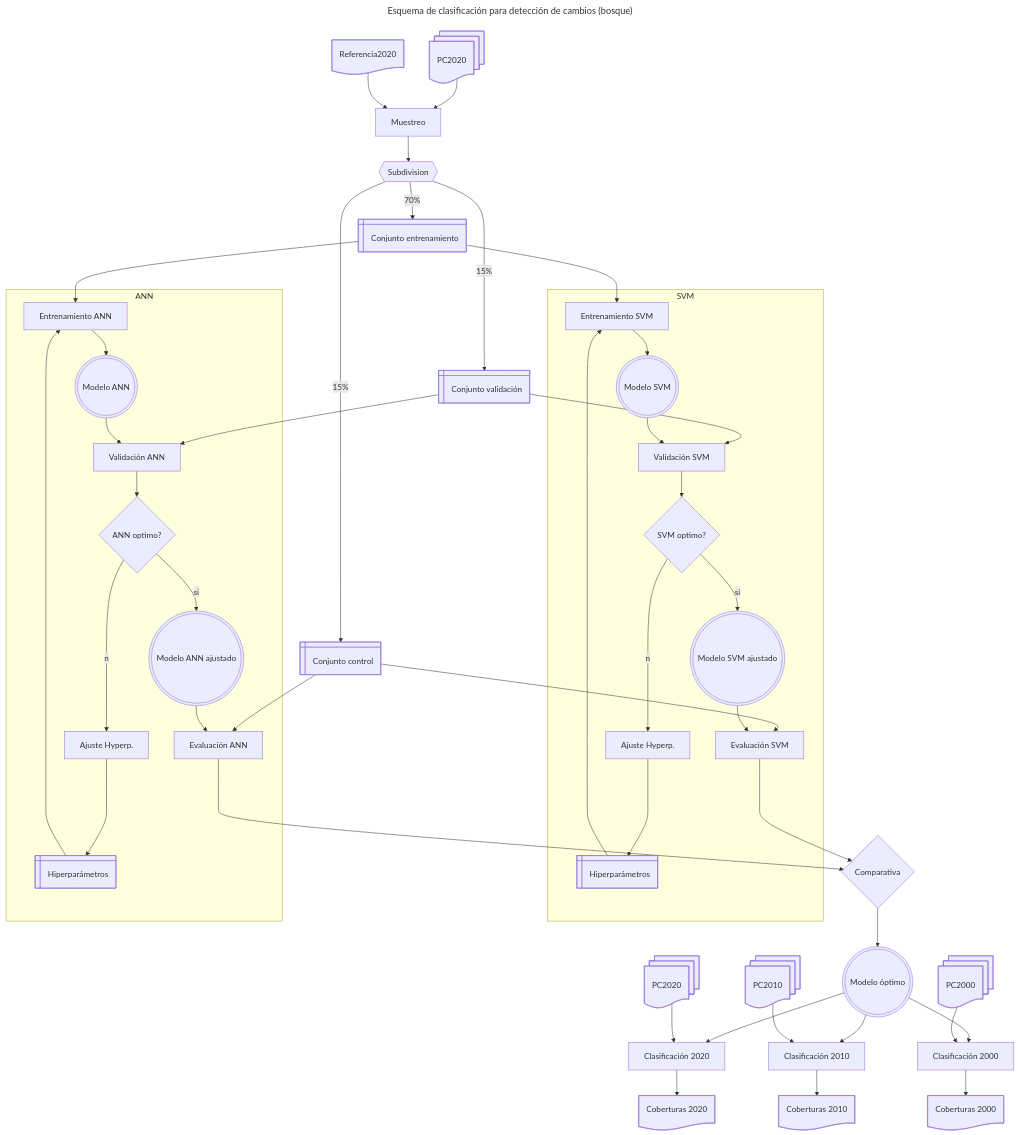
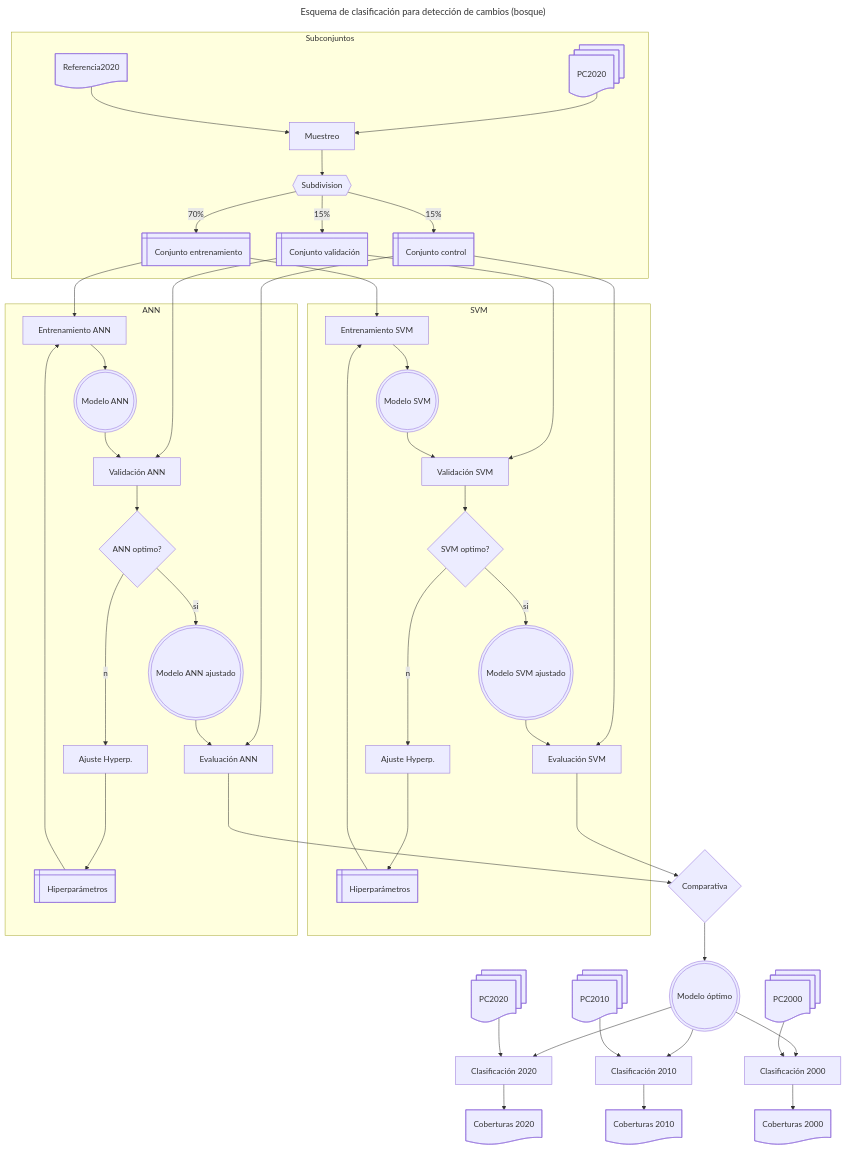
One commit to vshalisko/GEE changed the diagram in ANPs/Esquema_clasificacion.mermaid. Above: the diagram before and after it, drawn with Mermaid.

```diff
--- a/ANPs/Esquema_clasificacion.mermaid
+++ b/ANPs/Esquema_clasificacion.mermaid
@@ -1,90 +1,92 @@
 ---
 title: Esquema de clasificación para detección de cambios (bosque)
 ---
 flowchart TD
     PC2000@{ shape: docs, label: PC2000}
     PC2010@{ shape: docs, label: PC2010}
     PC2020@{ shape: docs, label: PC2020}
     PC2020A@{ shape: docs, label: PC2020}
     Ref2020@{ shape: doc, label: Referencia2020}
     Muestreo@{ shape: proc, label: Muestreo}
     Subset@{ shape: hex, label: Subdivision}
     Train2020@{ shape: win-pane, label: Conjunto entrenamiento}
     Test2020@{ shape: win-pane, label: Conjunto control}
     Valid2020@{ shape: win-pane, label: Conjunto validación}
 
     HyperparamSVM@{ shape: win-pane, label: Hiperparámetros}
     HyperparamANN@{ shape: win-pane, label: Hiperparámetros}
     TrainSVM@{ shape: proc, label: Entrenamiento SVM}
     TrainANN@{ shape: proc, label: Entrenamiento ANN}
     ModeloSVM@{ shape: double-circle, label: Modelo SVM}
     ModeloANN@{ shape: double-circle, label: Modelo ANN}
     ModeloSVMok@{ shape: double-circle, label: Modelo SVM ajustado}
     ModeloANNok@{ shape: double-circle, label: Modelo ANN ajustado}
     ValidSVM@{ shape: proc, label: Validación SVM}
     ValidANN@{ shape: proc, label: Validación ANN}
     OptimSVM@{ shape: diam, label: SVM optimo?}
     OptimANN@{ shape: diam, label: ANN optimo?}
     ControlSVM@{ shape: proc, label: Evaluación SVM}
     ControlANN@{ shape: proc, label: Evaluación ANN}
     AjusteHypSVM@{ shape: proc, label: Ajuste Hyperp.}
     AjusteHypANN@{ shape: proc, label: Ajuste Hyperp.}
     Comparativa@{ shape: diam, label: Comparativa}
     ModeloOptimo@{ shape: double-circle, label: Modelo óptimo}
 
     Clasif2020@{ shape: proc, label: Clasificación 2020}
     Clasif2010@{ shape: proc, label: Clasificación 2010}
     Clasif2000@{ shape: proc, label: Clasificación 2000}
 
     Coberturas2020@{ shape: doc, label: Coberturas 2020}
     Coberturas2010@{ shape: doc, label: Coberturas 2010}
     Coberturas2000@{ shape: doc, label: Coberturas 2000}
 
-    PC2020A --> Muestreo
-    Ref2020 --> Muestreo
-    Muestreo --> Subset
-    Subset --70%--> Train2020
-    Subset --15%--> Test2020
-    Subset --15%--> Valid2020
+    subgraph Subconjuntos
+        PC2020A --> Muestreo
+        Ref2020 --> Muestreo
+        Muestreo --> Subset
+        Subset --70%--> Train2020
+        Subset --15%--> Test2020
+        Subset --15%--> Valid2020
+    end
 
     Train2020 --> TrainSVM    
     Train2020 --> TrainANN    
     Valid2020 --> ValidSVM
     Valid2020 --> ValidANN
     Test2020 --> ControlSVM
     Test2020 --> ControlANN
 
     subgraph SVM
         HyperparamSVM ----> TrainSVM
         TrainSVM --> ModeloSVM
         ModeloSVM --> ValidSVM
         ValidSVM --> OptimSVM
         OptimSVM --si--> ModeloSVMok
         OptimSVM --no--> AjusteHypSVM
         AjusteHypSVM ----> HyperparamSVM
         ModeloSVMok --> ControlSVM
     end
 
     subgraph ANN
         HyperparamANN ----> TrainANN
         TrainANN --> ModeloANN
         ModeloANN --> ValidANN
         ValidANN --> OptimANN
         OptimANN --si--> ModeloANNok
         OptimANN --no--> AjusteHypANN
         AjusteHypANN ----> HyperparamANN
         ModeloANNok --> ControlANN
     end
 
     ControlANN ----> Comparativa
     ControlSVM ----> Comparativa
     Comparativa --> ModeloOptimo
     ModeloOptimo --> Clasif2020
     ModeloOptimo --> Clasif2010
     ModeloOptimo --> Clasif2000
     PC2020 --> Clasif2020
     PC2010 --> Clasif2010
     PC2000 --> Clasif2000
     Clasif2020 --> Coberturas2020
     Clasif2010 --> Coberturas2010
     Clasif2000 --> Coberturas2000
```
